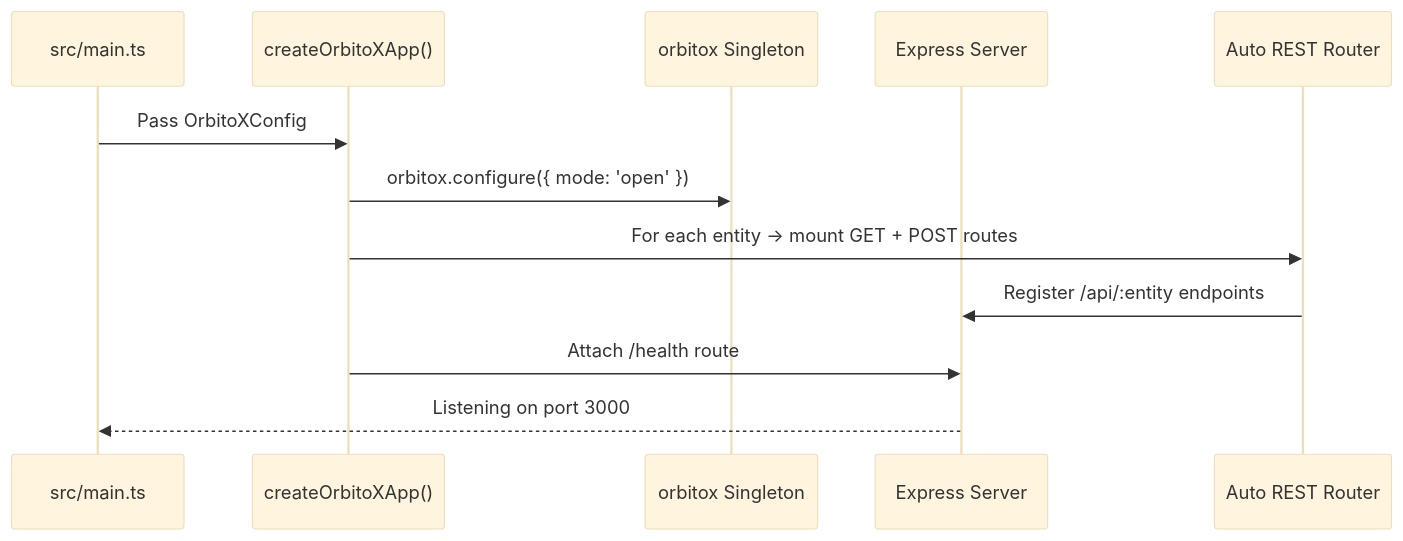
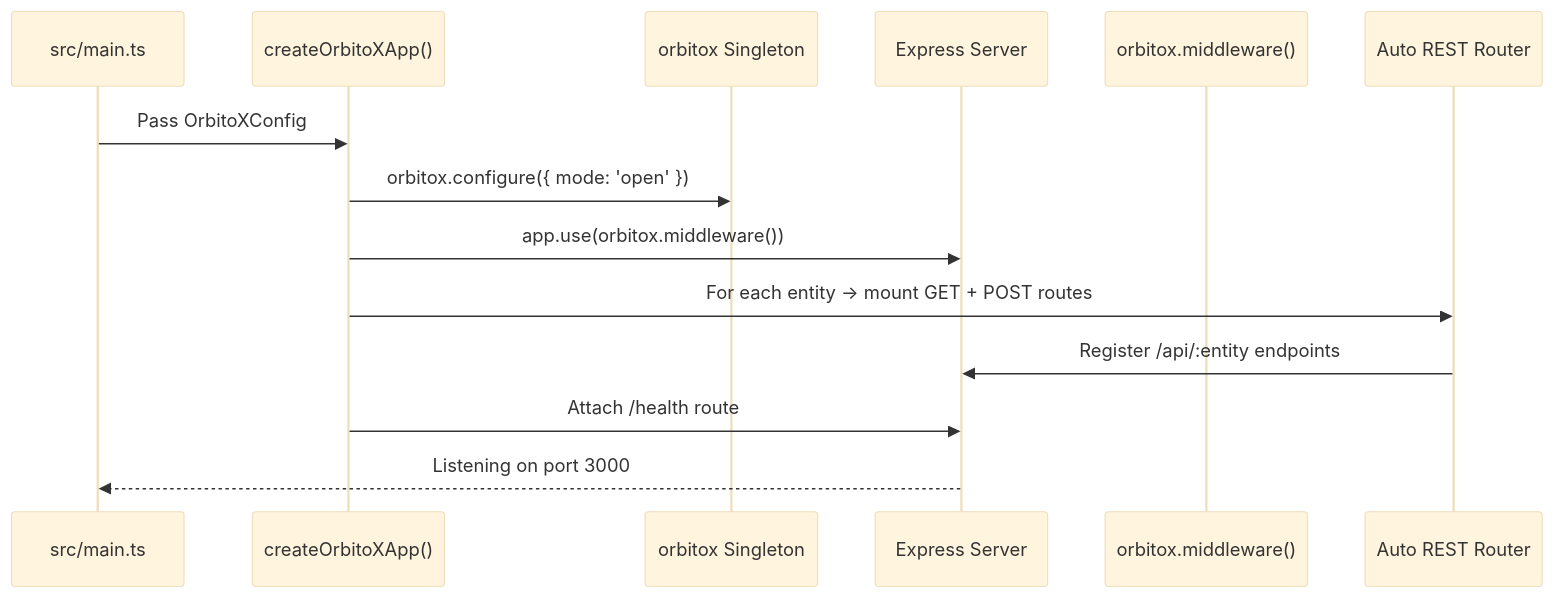
The second of 2 diagrams in docs/01_GETTING_STARTED.md (Nikhil-ig/OrbitoX-Platform), drawn with Mermaid (base theme) before and after one commit. The commit also changed other lines of this file and 5 other files, not shown here.

````diff
--- a/docs/01_GETTING_STARTED.md
+++ b/docs/01_GETTING_STARTED.md
@@ -129,15 +130,17 @@
 ```mermaid
 sequenceDiagram
     participant main as src/main.ts
     participant factory as createOrbitoXApp()
     participant singleton as orbitox Singleton
     participant express as Express Server
+    participant middleware as orbitox.middleware()
     participant router as Auto REST Router
 
     main->>factory: Pass OrbitoXConfig
     factory->>singleton: orbitox.configure({ mode: 'open' })
+    factory->>express: app.use(orbitox.middleware())
     factory->>router: For each entity → mount GET + POST routes
     router->>express: Register /api/:entity endpoints
     factory->>express: Attach /health route
     express-->>main: Listening on port 3000
 ```
````
